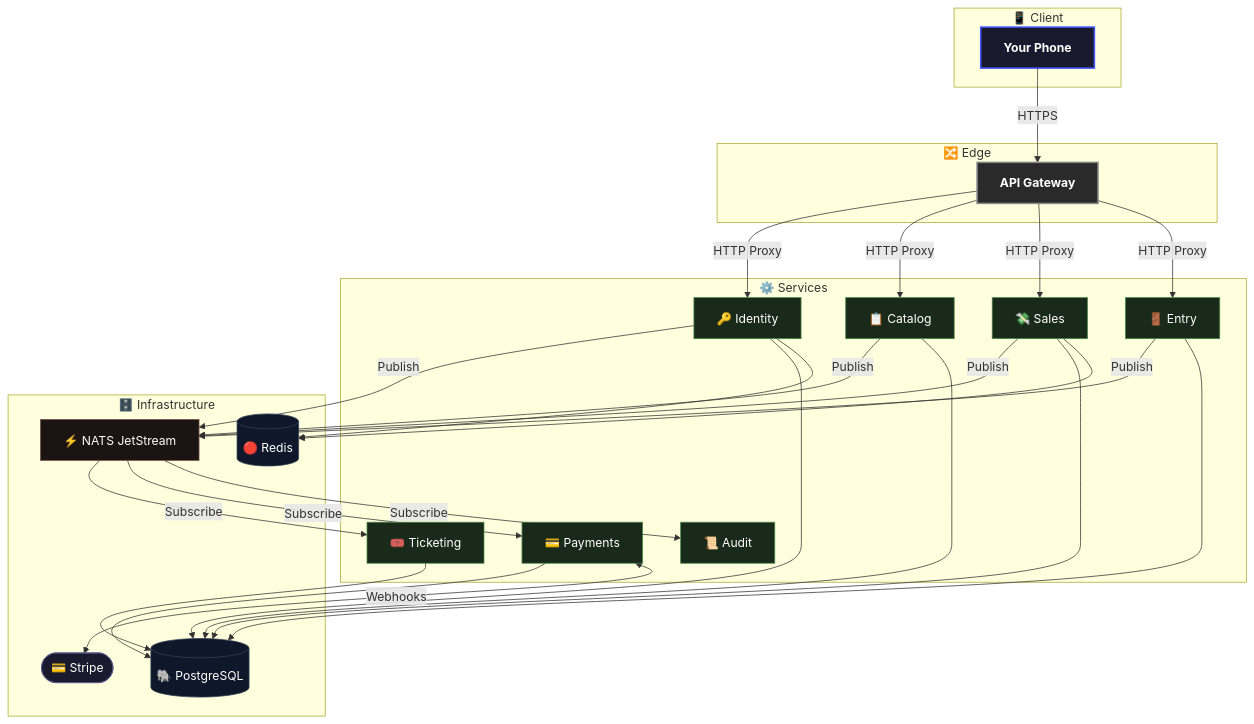
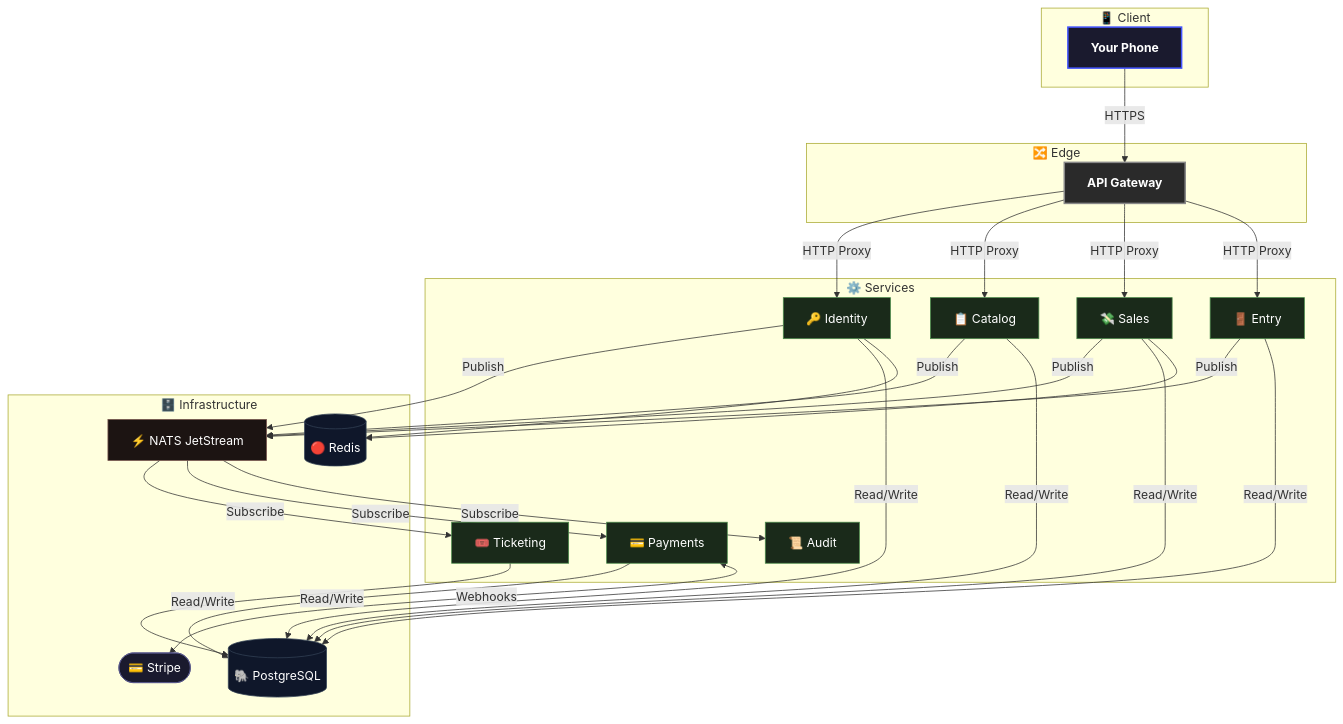
Before and after one commit to cristiangilsanz/qrew: the diagram in README.md, drawn with Mermaid.

Commit message:
docs: add Read/Write label to PostgreSQL connections in README diagram

````diff
--- a/README.md
+++ b/README.md
@@ -29,44 +29,44 @@
 ```mermaid
 flowchart TB
     subgraph "📱 Client"
         phone["Your Phone"]:::app
     end
 
     subgraph "🔀 Edge"
         gw["API Gateway"]:::edge
     end
 
     subgraph "⚙️ Services"
         identity["🔑 Identity"]:::svc
         catalog["📋 Catalog"]:::svc
         sales["💸 Sales"]:::svc
         ticketing["🎟️ Ticketing"]:::svc
         payments["💳 Payments"]:::svc
         entry["🚪 Entry"]:::svc
         audit["📜 Audit"]:::svc
     end
 
     subgraph "🗄️ Infrastructure"
         pg[("🐘 PostgreSQL")]:::db
         redis[("🔴 Redis")]:::db
         nats["⚡ NATS JetStream"]:::bus
         stripe(["💳 Stripe"]):::ext
     end
 
     phone -->|"HTTPS"| gw
     gw    -->|"HTTP Proxy"| identity & catalog & sales & entry
 
     identity & catalog & sales & entry -->|"Publish"| nats
     nats -->|"Subscribe"| ticketing & payments & audit
 
-    identity & catalog & sales & ticketing & payments & entry --> pg
+    identity & catalog & sales & ticketing & payments & entry -->|"Read/Write"| pg
     identity & sales --> redis
     payments <-->|"Webhooks"| stripe
 
     classDef app  fill:#1a1a2e,color:#fff,stroke:#4455ff,stroke-width:2px,font-weight:bold
     classDef edge fill:#2a2a2a,color:#fff,stroke:#888,stroke-width:2px,font-weight:bold
     classDef svc  fill:#1a2a1a,color:#fff,stroke:#4a8a4a,stroke-width:1px
     classDef db   fill:#0f172a,color:#fff,stroke:#334155,stroke-width:1px
     classDef bus  fill:#1c1412,color:#fff,stroke:#78564e,stroke-width:1px
     classDef ext  fill:#1a1a2e,color:#fff,stroke:#555588,stroke-width:1px
 ```
````
